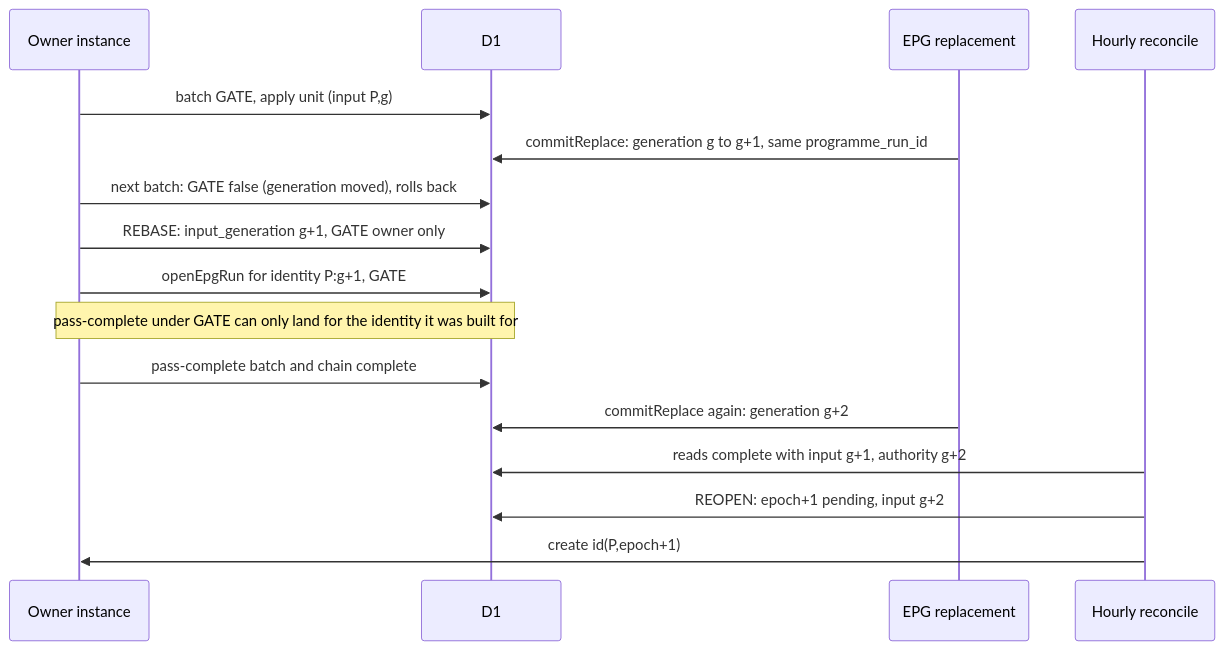
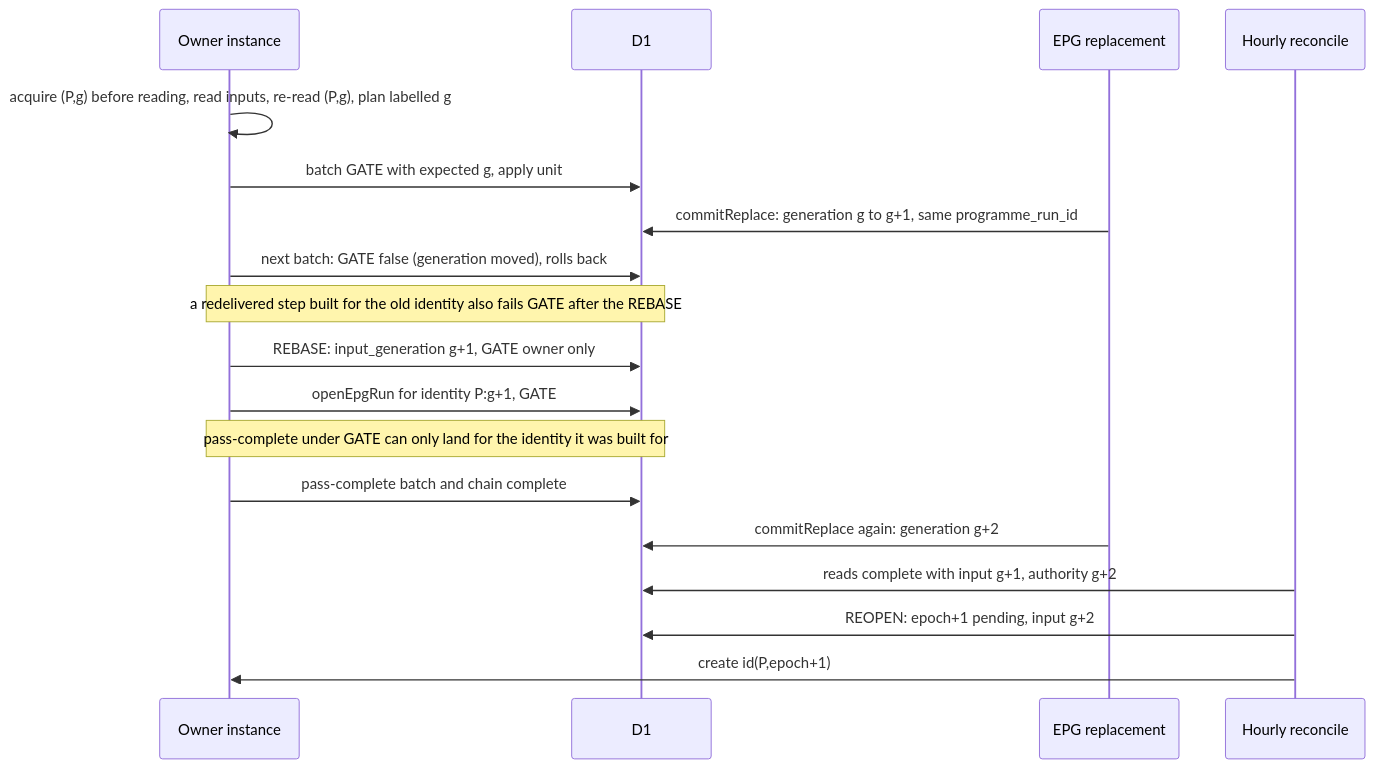
Before and after one commit to vladimino/iptv-watchlist: the fourth of 5 diagrams in docs/adr/0141-producer-workflow-chain-protocol.md, drawn with Mermaid. The commit also changed other lines of this file, not shown here.

First line of the commit message:
docs(adr): ADR 0141 revision 3, caller-bound identity, no-owner recovery, time-independent retry exclusion, snapshot binding (AIR-374)

````diff
--- a/docs/adr/0141-producer-workflow-chain-protocol.md
+++ b/docs/adr/0141-producer-workflow-chain-protocol.md
@@ -306,18 +335,20 @@
 ```mermaid
 sequenceDiagram
     participant O as Owner instance
     participant D as D1
     participant E as EPG replacement
     participant H as Hourly reconcile
-    O->>D: batch GATE, apply unit (input P,g)
+    O->>O: acquire (P,g) before reading, read inputs, re-read (P,g), plan labelled g
+    O->>D: batch GATE with expected g, apply unit
     E->>D: commitReplace: generation g to g+1, same programme_run_id
     O->>D: next batch: GATE false (generation moved), rolls back
+    Note over O,D: a redelivered step built for the old identity also fails GATE after the REBASE
     O->>D: REBASE: input_generation g+1, GATE owner only
     O->>D: openEpgRun for identity P:g+1, GATE
     Note over O,D: pass-complete under GATE can only land for the identity it was built for
     O->>D: pass-complete batch and chain complete
     E->>D: commitReplace again: generation g+2
     H->>D: reads complete with input g+1, authority g+2
     H->>D: REOPEN: epoch+1 pending, input g+2
     H->>O: create id(P,epoch+1)
 ```
````
